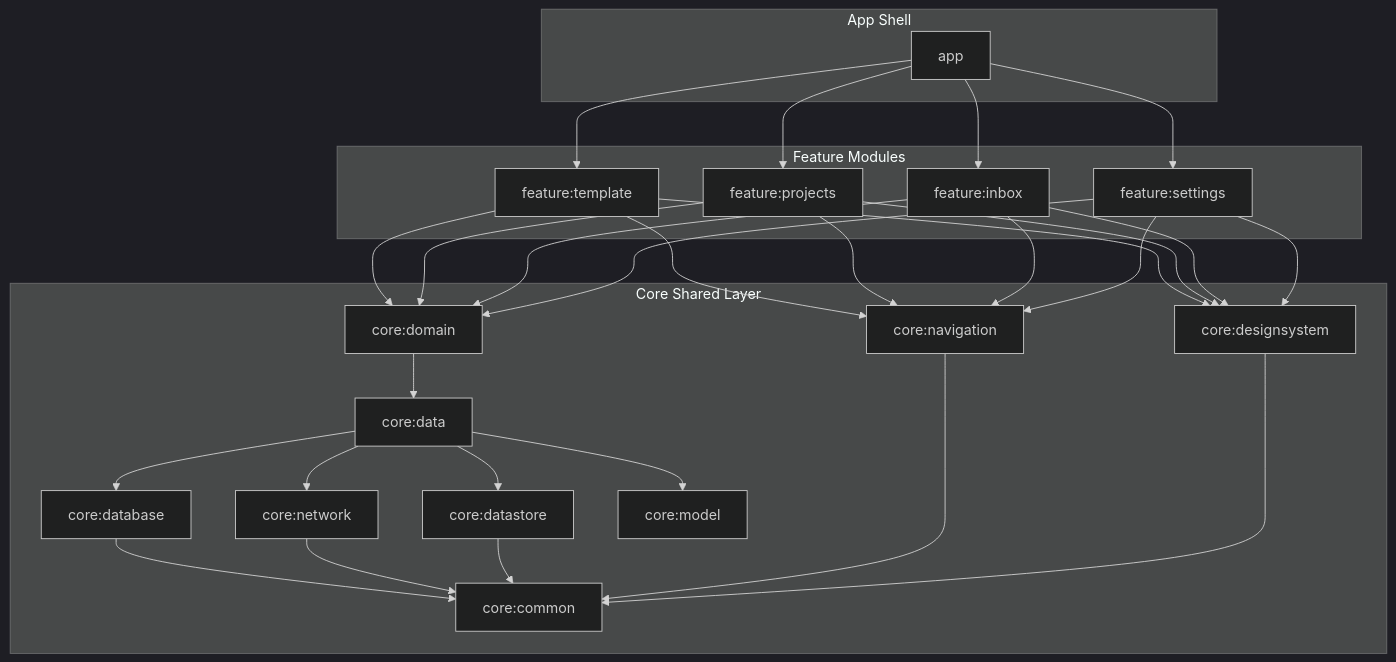
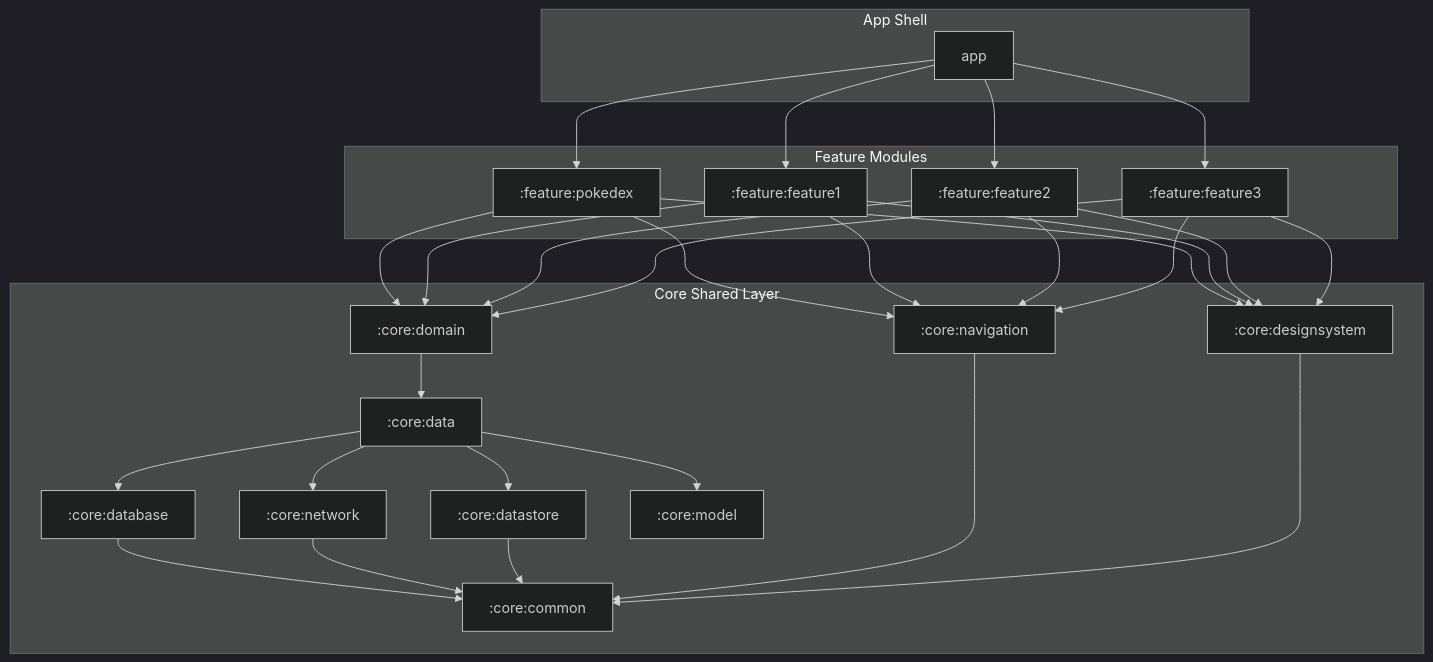
One commit to impeterwayne/CodeBaseCompose changed the diagram in docs/architecture.md. Above: the diagram before and after it, drawn with Mermaid (dark theme). The commit also changed other lines of this file and 9 other files, not shown here.

````diff
--- a/docs/architecture.md
+++ b/docs/architecture.md
@@ -39,31 +39,59 @@
 ```mermaid
-graph TD
-    subgraph App Shell
-        A[app]
+flowchart TD
+    subgraph AppShell ["App Shell"]
+        A["app"]
     end
 
-    subgraph Feature Modules
-        F1[feature:template]
-        F2[feature:projects]
-        F3[feature:inbox]
-        F4[feature:settings]
+    subgraph FeatureModules ["Feature Modules"]
+        F1[":feature:pokedex"]
+        F2[":feature:feature1"]
+        F3[":feature:feature2"]
+        F4[":feature:feature3"]
     end
 
-    subgraph Core Shared Layer
-        C_Nav[core:navigation]
-        C_DS[core:designsystem]
-        C_Dom[core:domain]
-        C_Dat[core:data]
-        C_Db[core:database]
-        C_Net[core:network]
-        C_Ds[core:datastore]
-        C_Mod[core:model]
-        C_Com[core:common]
+    subgraph CoreShared ["Core Shared Layer"]
+        C_Nav[":core:navigation"]
+        C_DS[":core:designsystem"]
+        C_Dom[":core:domain"]
+        C_Dat[":core:data"]
+        C_Db[":core:database"]
+        C_Net[":core:network"]
+        C_Ds[":core:datastore"]
+        C_Mod[":core:model"]
+        C_Com[":core:common"]
     end
 
-    A --> F1 & F2 & F3 & F4
-    F1 & F2 & F3 & F4 --> C_Nav & C_DS & C_Dom
+    A --> F1
+    A --> F2
+    A --> F3
+    A --> F4
+
+    F1 --> C_Nav
+    F1 --> C_DS
+    F1 --> C_Dom
+
+    F2 --> C_Nav
+    F2 --> C_DS
+    F2 --> C_Dom
+
+    F3 --> C_Nav
+    F3 --> C_DS
+    F3 --> C_Dom
+
+    F4 --> C_Nav
+    F4 --> C_DS
+    F4 --> C_Dom
+
     C_Dom --> C_Dat
-    C_Dat --> C_Db & C_Net & C_Ds & C_Mod
-    C_Db & C_Net & C_Ds & C_Nav & C_DS --> C_Com
+
+    C_Dat --> C_Db
+    C_Dat --> C_Net
+    C_Dat --> C_Ds
+    C_Dat --> C_Mod
+
+    C_Db --> C_Com
+    C_Net --> C_Com
+    C_Ds --> C_Com
+    C_Nav --> C_Com
+    C_DS --> C_Com
 ```
````
